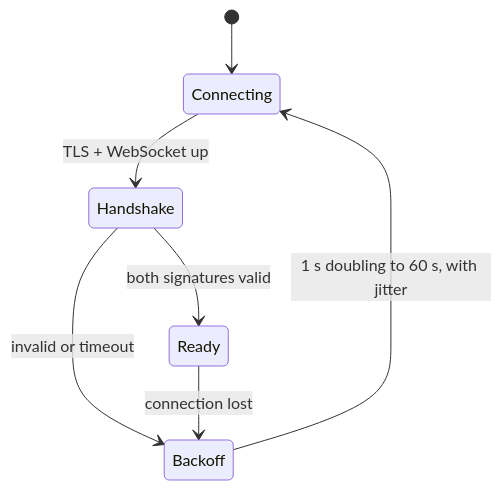
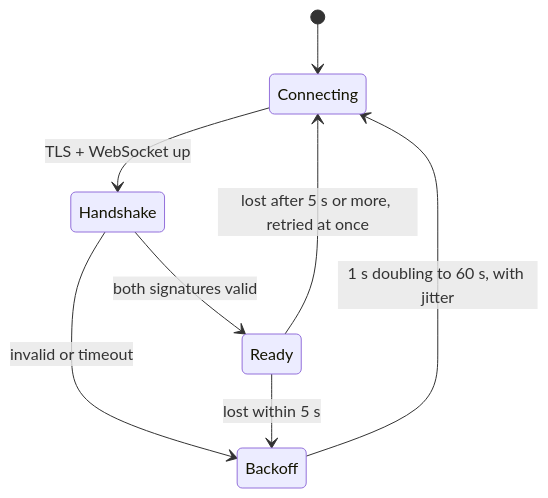
One commit to notmarkopadjen/muxway changed the sixth of 10 diagrams in docs/ARCHITECTURE.md. Above: the diagram before and after it, drawn with Mermaid. The commit also changed 21 other files, not shown here.

````diff
--- a/docs/ARCHITECTURE.md
+++ b/docs/ARCHITECTURE.md
@@ -182,9 +182,10 @@
 ```mermaid
 stateDiagram-v2
     [*] --> Connecting
     Connecting --> Handshake: TLS + WebSocket up
     Handshake --> Ready: both signatures valid
     Handshake --> Backoff: invalid or timeout
-    Ready --> Backoff: connection lost
+    Ready --> Connecting: lost after 5 s or more, retried at once
+    Ready --> Backoff: lost within 5 s
     Backoff --> Connecting: 1 s doubling to 60 s, with jitter
 ```
````
